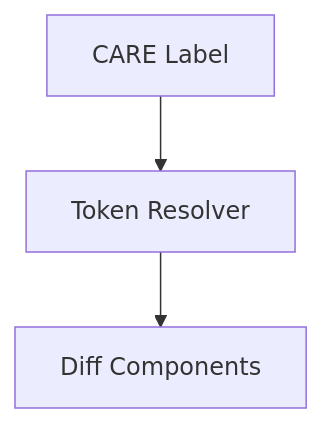
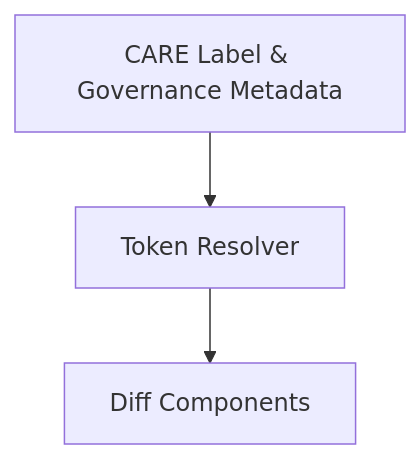
One commit to bartytime4life/Kansas-Frontier-Matrix changed the third of 3 diagrams in web/src/entities/diff-first/styles/README.md. Above: the diagram before and after it, drawn with Mermaid. The commit also changed other lines of this file, not shown here.

````diff
--- a/web/src/entities/diff-first/styles/README.md
+++ b/web/src/entities/diff-first/styles/README.md
@@ -281,5 +362,5 @@
-```mermaid
+~~~mermaid
 flowchart TD
-    CARE["CARE Label"] --> STYLE["Token Resolver"]
+    CARE["CARE Label & Governance Metadata"] --> STYLE["Token Resolver"]
     STYLE --> RENDER["Diff Components"]
-```
+~~~
````
